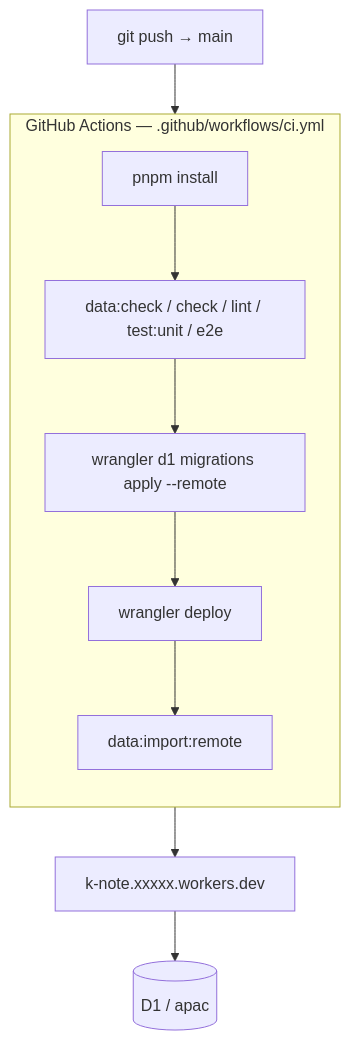
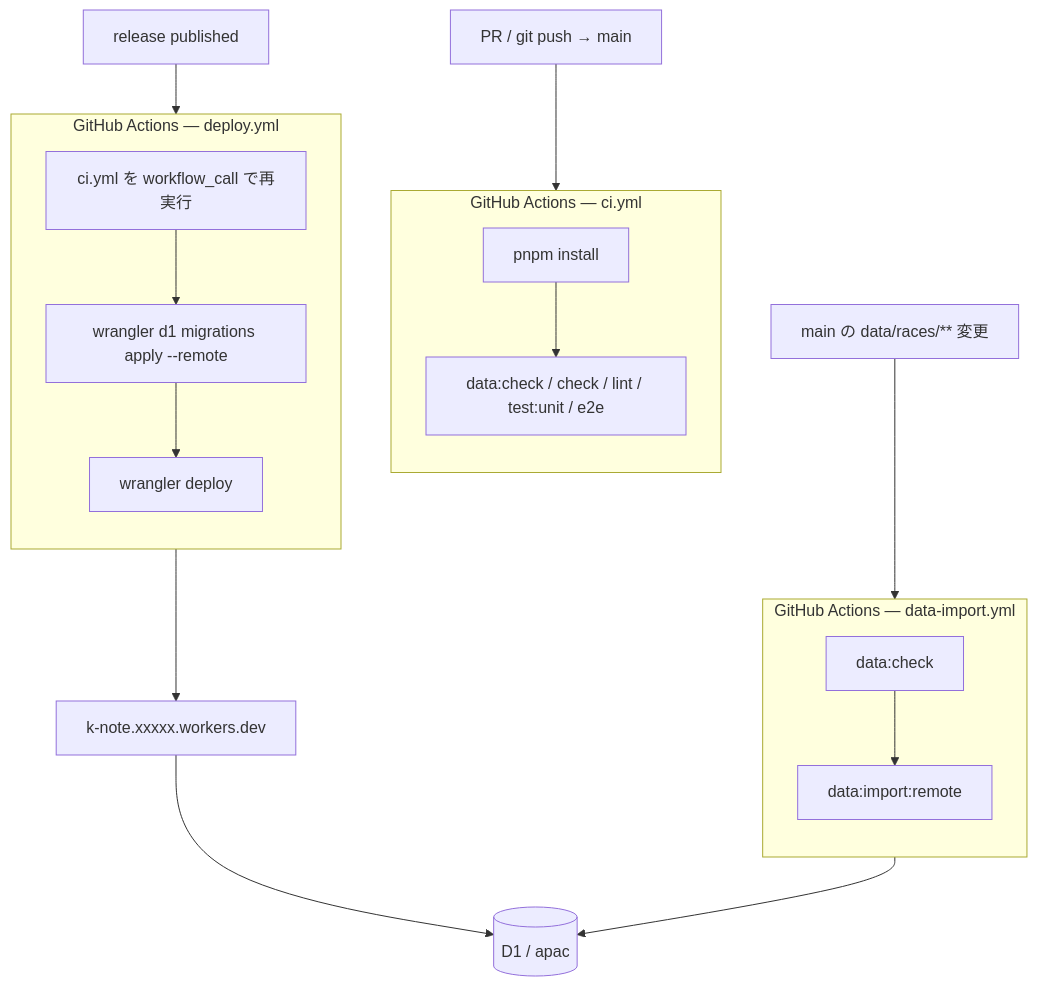
Before and after one commit to Atoyr/keiba-note: the eighth of 10 diagrams in docs/architecture.md, drawn with Mermaid. The commit also changed other lines of this file and 5 other files, not shown here.

````diff
--- a/docs/architecture.md
+++ b/docs/architecture.md
@@ -383,15 +383,26 @@
 ```mermaid
 flowchart TB
-    P["git push → main"] --> CI
+    P["PR / git push → main"] --> CI
+    R["release published"] --> DL
+    Q["main の data/races/** 変更"] --> DI
 
-    subgraph CI["GitHub Actions — .github/workflows/ci.yml"]
+    subgraph CI["GitHub Actions — ci.yml"]
         direction TB
         I["pnpm install"] --> T["data:check / check / lint / test:unit / e2e"]
-        T --> M["wrangler d1 migrations apply --remote"]
+    end
+
+    subgraph DL["GitHub Actions — deploy.yml"]
+        direction TB
+        V["ci.yml を workflow_call で再実行"] --> M["wrangler d1 migrations apply --remote"]
         M --> DP["wrangler deploy"]
-        DP --> IM["data:import:remote"]
+    end
+
+    subgraph DI["GitHub Actions — data-import.yml"]
+        direction TB
+        C["data:check"] --> IM["data:import:remote"]
     end
 
     DP --> W["k-note.xxxxx.workers.dev"]
+    IM --> D
     W --> D[("D1 / apac")]
 ```
````
